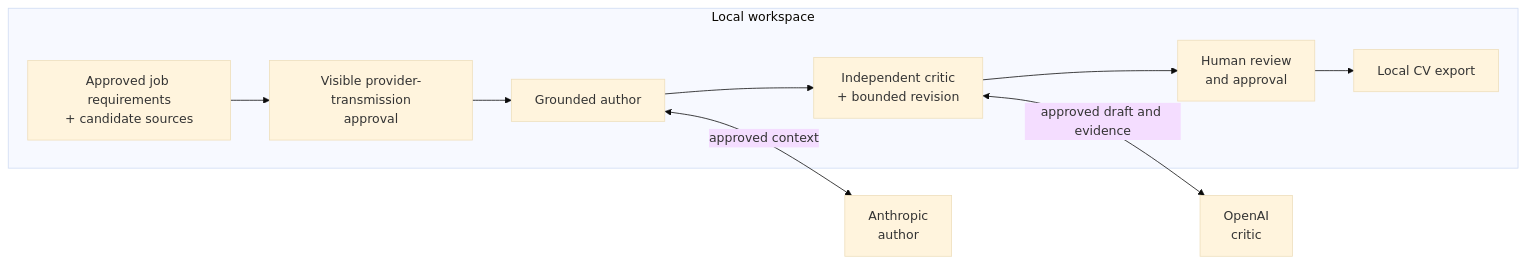
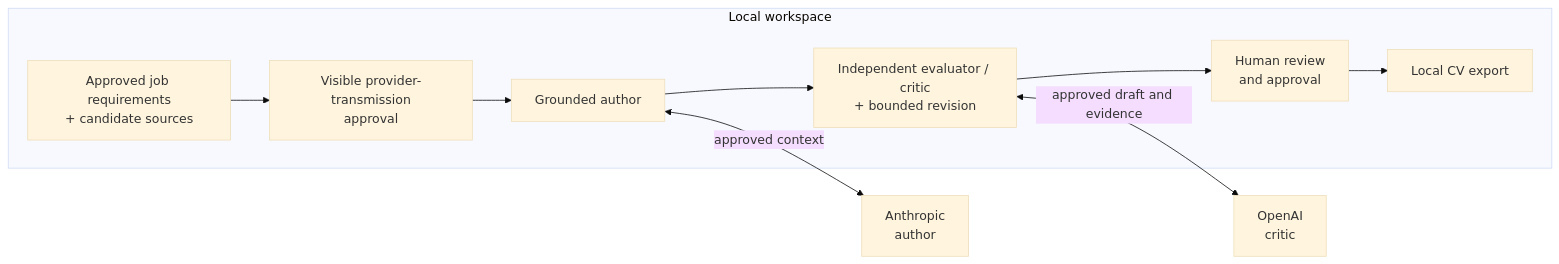
Before and after one commit to akoita/draft-loop: the first of 2 diagrams in README.md, drawn with Mermaid (base theme). The commit also changed other lines of this file, not shown here.

Commit message:
docs: restore evaluator-optimizer workflow terminology

````diff
--- a/README.md
+++ b/README.md
@@ -27,16 +31,16 @@
 ```mermaid
 flowchart LR
     subgraph Local["Local workspace"]
         Inputs["Approved job requirements<br/>+ candidate sources"]
         Gate["Visible provider-transmission<br/>approval"]
         Author["Grounded author"]
-        Critic["Independent critic<br/>+ bounded revision"]
+        Critic["Independent evaluator / critic<br/>+ bounded revision"]
         Human["Human review<br/>and approval"]
         Export["Local CV export"]
         Inputs --> Gate --> Author --> Critic --> Human --> Export
     end
     Anthropic["Anthropic<br/>author"]
     OpenAI["OpenAI<br/>critic"]
     Author <-->|"approved context"| Anthropic
     Critic <-->|"approved draft and evidence"| OpenAI
 ```
````
